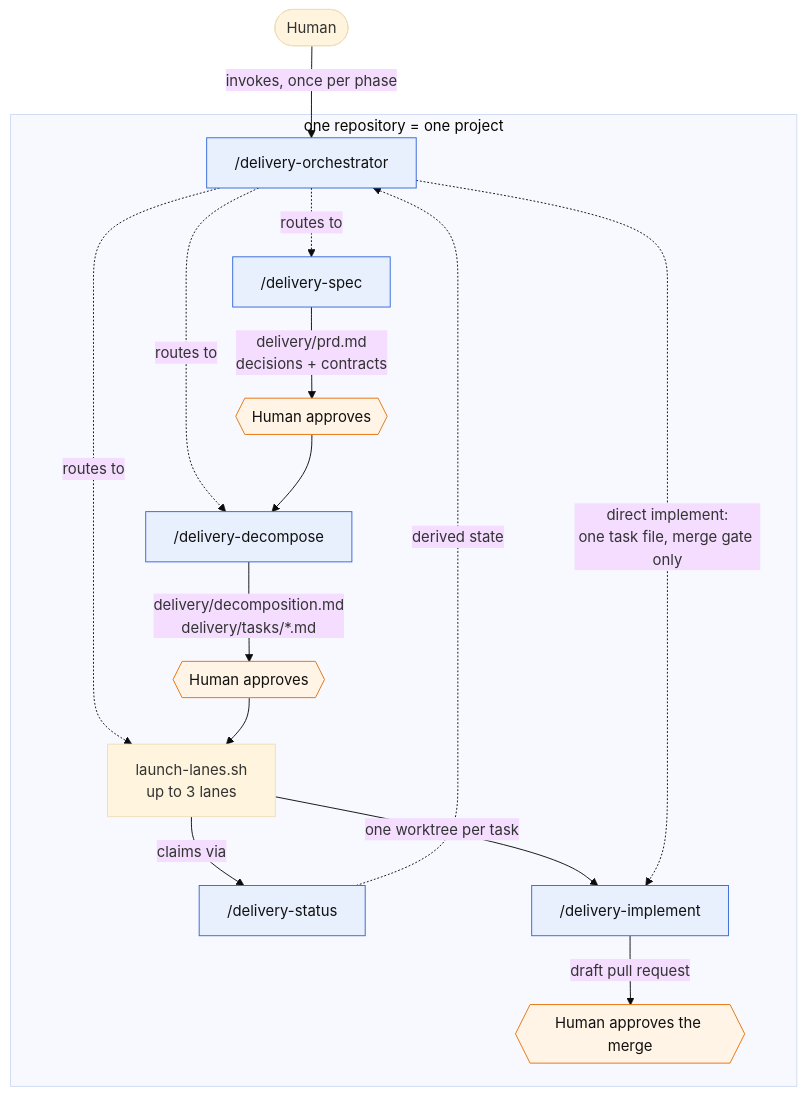
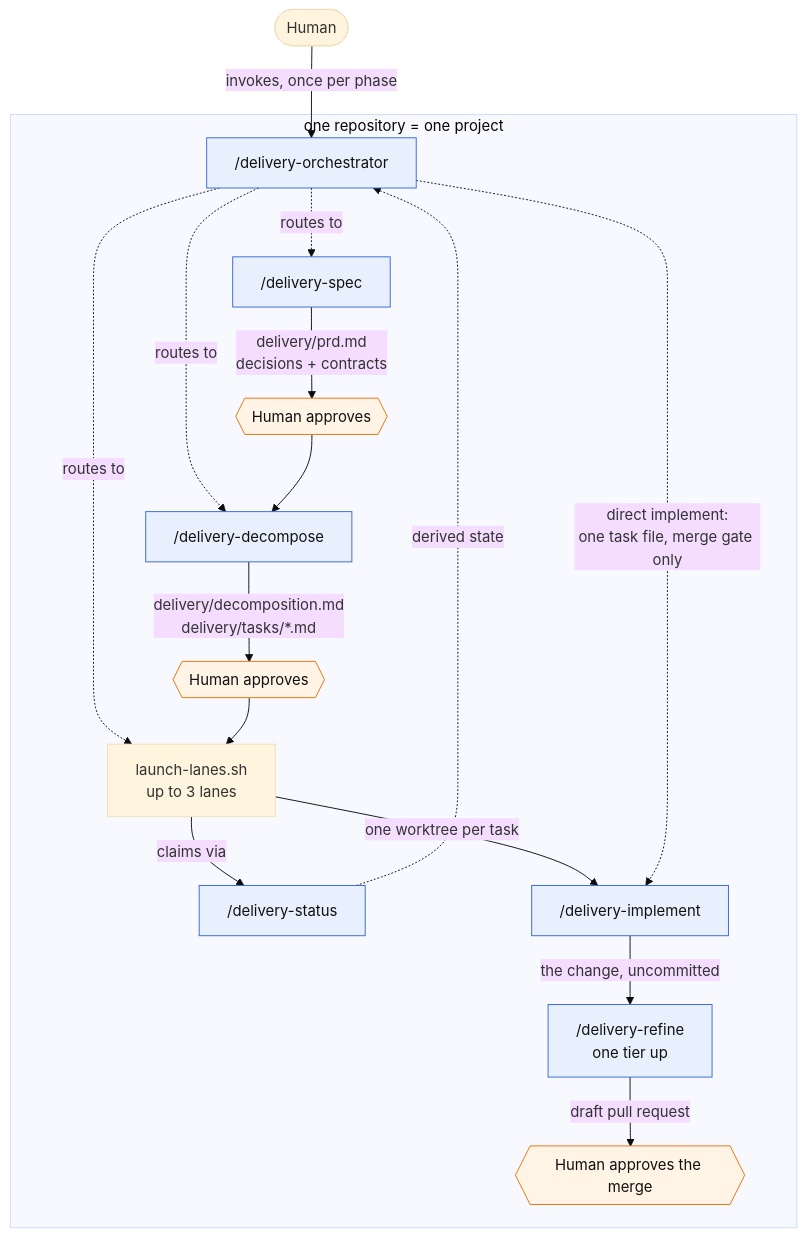
The first of 3 diagrams in README.md (ancelin-code/delivery-kit), drawn with Mermaid (base theme) before and after one commit. The commit also changed other lines of this file and 15 other files, not shown here.

First line of the commit message:
feat: refine every lane's change in a second session, one tier up (#22)

````diff
--- a/README.md
+++ b/README.md
@@ -57,27 +57,28 @@
 ```mermaid
 flowchart TD
     H([Human]) -->|invokes, once per phase| O["/delivery-orchestrator"]
 
     subgraph PRJ["one repository = one project"]
         O -.->|routes to| SPEC["/delivery-spec"]
         O -.->|routes to| DEC["/delivery-decompose"]
         O -.->|routes to| LAUNCH["launch-lanes.sh<br/>up to 3 lanes"]
 
         SPEC -->|delivery/prd.md<br/>decisions + contracts| G1{{Human approves}}
         G1 --> DEC
         DEC -->|delivery/decomposition.md<br/>delivery/tasks/*.md| G2{{Human approves}}
         G2 --> LAUNCH
 
         LAUNCH -->|claims via| ST["/delivery-status"]
         LAUNCH -->|one worktree per task| IMP["/delivery-implement"]
-        IMP -->|draft pull request| G3{{Human approves the merge}}
+        IMP -->|the change, uncommitted| REF["/delivery-refine<br/>one tier up"]
+        REF -->|draft pull request| G3{{Human approves the merge}}
     end
 
     O -.->|direct implement:<br/>one task file, merge gate only| IMP
     ST -.->|derived state| O
 
     classDef skill fill:#e8f0fe,stroke:#3367d6,color:#111
     classDef gate fill:#fff4e5,stroke:#e8710a,color:#111
-    class O,SPEC,DEC,IMP,ST skill
+    class O,SPEC,DEC,IMP,REF,ST skill
     class G1,G2,G3 gate
 ```
````
